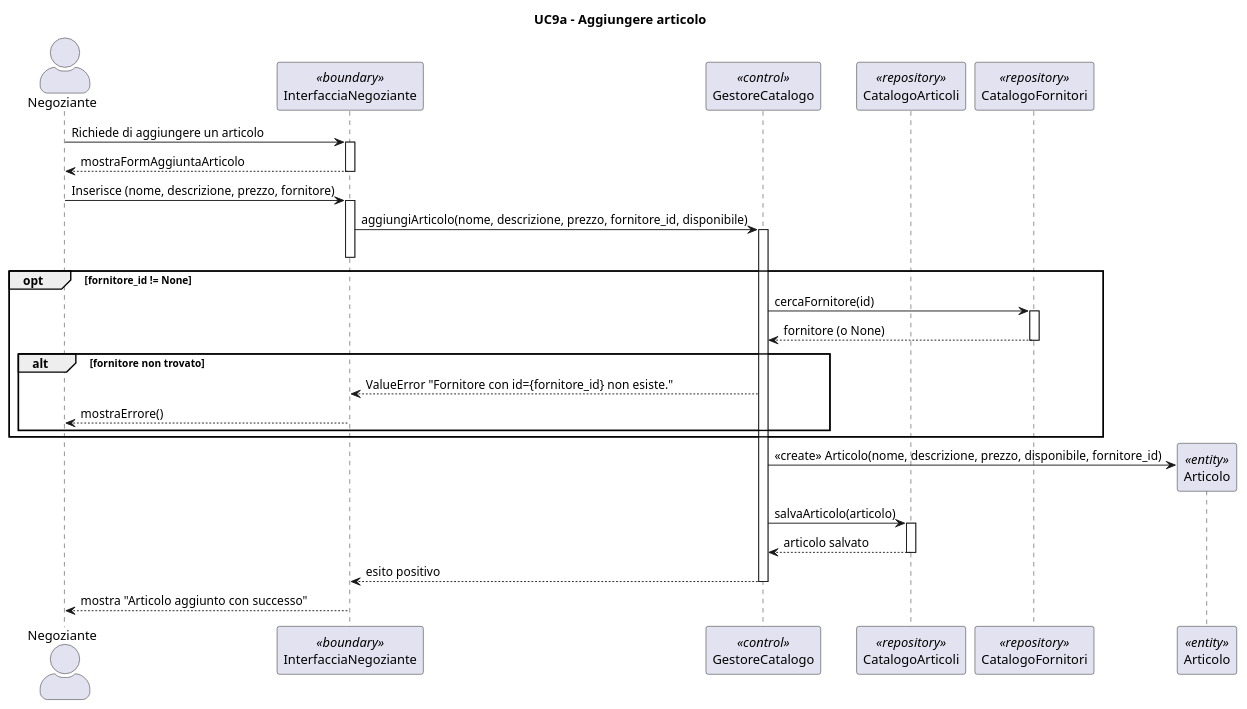
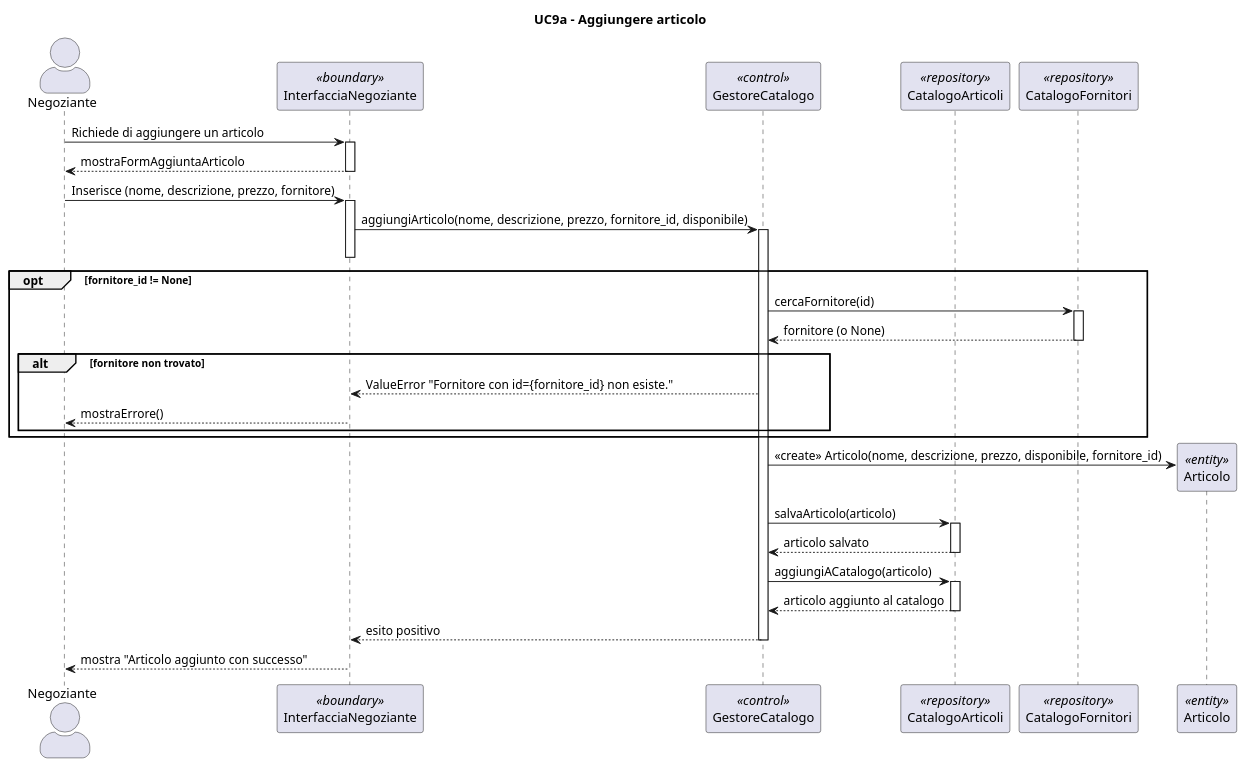
One commit to Samepsilon/FloWare changed the diagram in diagrammiUML/diagrammi di sequenza/UC9a_Aggiungere_Articolo.puml. Above: the diagram before and after it, drawn with PlantUML. The commit also changed 11 other files, not shown here.

```diff
--- a/diagrammiUML/diagrammi di sequenza/UC9a_Aggiungere_Articolo.puml
+++ b/diagrammiUML/diagrammi di sequenza/UC9a_Aggiungere_Articolo.puml
@@ -1,47 +1,51 @@
 @startuml
 title UC9a - Aggiungere articolo
 skinparam actorStyle awesome
 
 actor "Negoziante" as N
 participant "InterfacciaNegoziante" as IN <<boundary>>
 participant "GestoreCatalogo" as GC <<control>>
 participant "CatalogoArticoli" as CA <<repository>>
 participant "CatalogoFornitori" as CF <<repository>>
 participant "Articolo" as A <<entity>>
 
 N -> IN: Richiede di aggiungere un articolo
 activate IN
 IN --> N: mostraFormAggiuntaArticolo
 deactivate IN
 
 N -> IN: Inserisce (nome, descrizione, prezzo, fornitore)
 activate IN
 IN -> GC: aggiungiArticolo(nome, descrizione, prezzo, fornitore_id, disponibile)
 activate GC
 deactivate IN
 
 opt fornitore_id != None
     GC -> CF: cercaFornitore(id)
     activate CF
     CF --> GC: fornitore (o None)
     deactivate CF
 
     alt fornitore non trovato
         GC --> IN: ValueError "Fornitore con id={fornitore_id} non esiste."
         IN --> N: mostraErrore()
     end
 end
 
 create A
 GC -> A: <<create>> Articolo(nome, descrizione, prezzo, disponibile, fornitore_id)
 
 GC -> CA: salvaArticolo(articolo)
 activate CA
 CA --> GC: articolo salvato
 deactivate CA
+GC -> CA: aggiungiACatalogo(articolo)
+activate CA
+CA --> GC: articolo aggiunto al catalogo
+deactivate CA
 
 GC --> IN: esito positivo
 deactivate GC
 IN --> N: mostra "Articolo aggiunto con successo"
 deactivate IN
 @enduml
```
